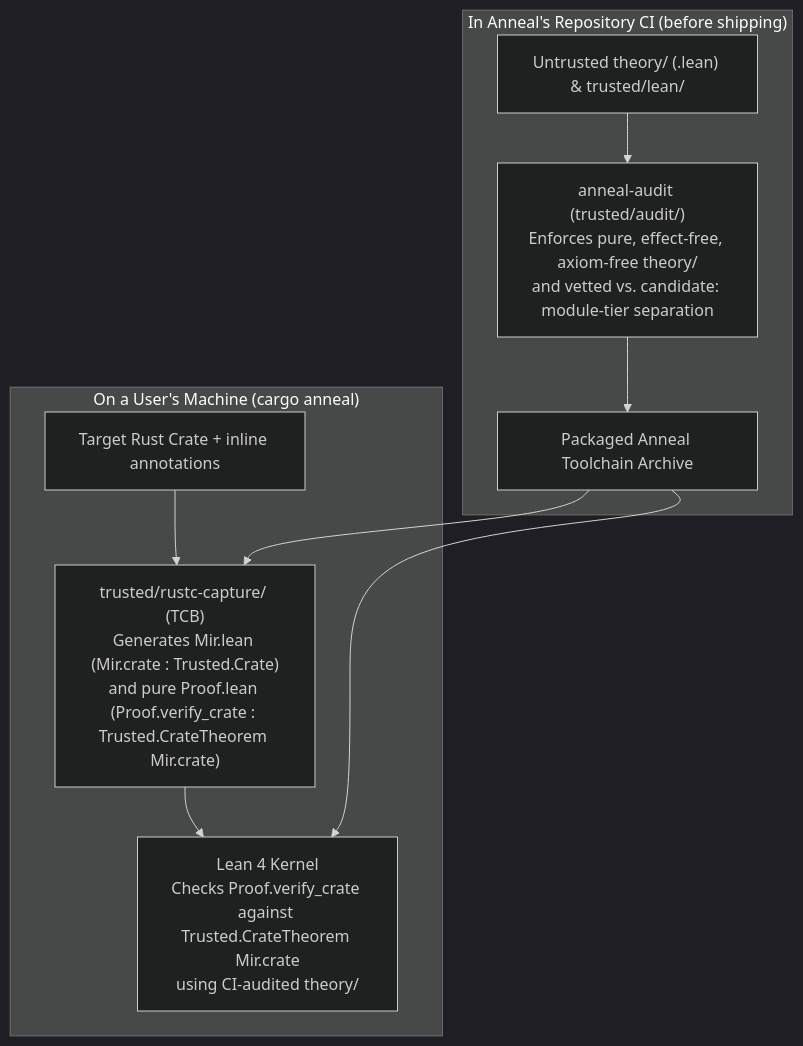
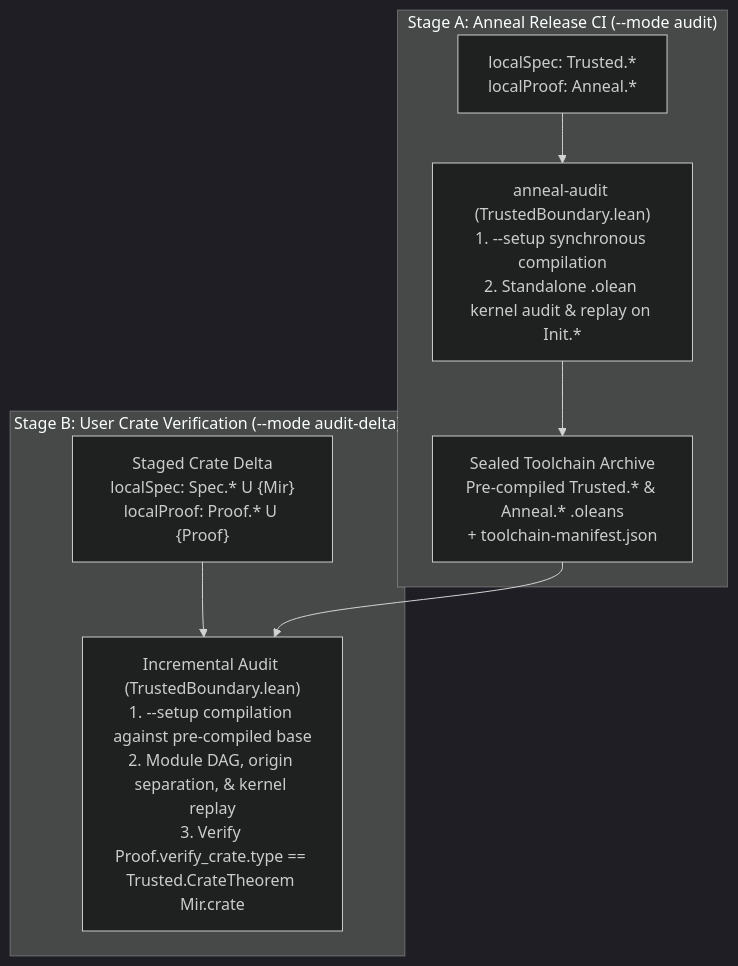
One commit to joshlf/anneal changed the diagram in docs/trust-model.md. Above: the diagram before and after it, drawn with Mermaid (dark theme). The commit also changed other lines of this file and 2 other files, not shown here.

First line of the commit message:
[docs] Update trust audit and MIR pipeline design

````diff
--- a/docs/trust-model.md
+++ b/docs/trust-model.md
@@ -58,13 +130,12 @@
 ```mermaid
 flowchart TD
-    subgraph RepoCI ["In Anneal's Repository CI (before shipping)"]
-        THEORY["Untrusted theory/ (.lean) & trusted/lean/"] --> AUDIT["anneal-audit (trusted/audit/)\nEnforces pure, effect-free, axiom-free theory/\nand vetted vs. candidate:<feature> module-tier separation"]
-        AUDIT --> ARCHIVE["Packaged Anneal Toolchain Archive"]
+    subgraph StageA ["Stage A: Anneal Release CI (--mode audit)"]
+        A_SRC["localSpec: Trusted.*\nlocalProof: Anneal.*"] --> A_AUD["anneal-audit (TrustedBoundary.lean)\n1. --setup synchronous compilation\n2. Standalone .olean kernel audit & replay on Init.*"]
+        A_AUD --> ARCHIVE["Sealed Toolchain Archive\nPre-compiled Trusted.* & Anneal.* .oleans\n+ toolchain-manifest.json"]
     end
 
-    subgraph UserMachine ["On a User's Machine (cargo anneal)"]
-        CRATE["Target Rust Crate + inline annotations"] --> CAPTURE["trusted/rustc-capture/ (TCB)\nGenerates Mir.lean (Mir.crate : Trusted.Crate)\nand pure Proof.lean (Proof.verify_crate : Trusted.CrateTheorem Mir.crate)"]
-        CAPTURE --> KERNEL["Lean 4 Kernel\nChecks Proof.verify_crate against Trusted.CrateTheorem Mir.crate\nusing CI-audited theory/"]
-        ARCHIVE --> CAPTURE & KERNEL
+    subgraph StageB ["Stage B: User Crate Verification (--mode audit-delta)"]
+        U_CRATE["Staged Crate Delta\nlocalSpec: Spec.* U {Mir}\nlocalProof: Proof.* U {Proof}"] --> DELTA["Incremental Audit (TrustedBoundary.lean)\n1. --setup compilation against pre-compiled base\n2. Module DAG, origin separation, & kernel replay\n3. Verify Proof.verify_crate.type == Trusted.CrateTheorem Mir.crate"]
+        ARCHIVE --> DELTA
     end
 ```
````
